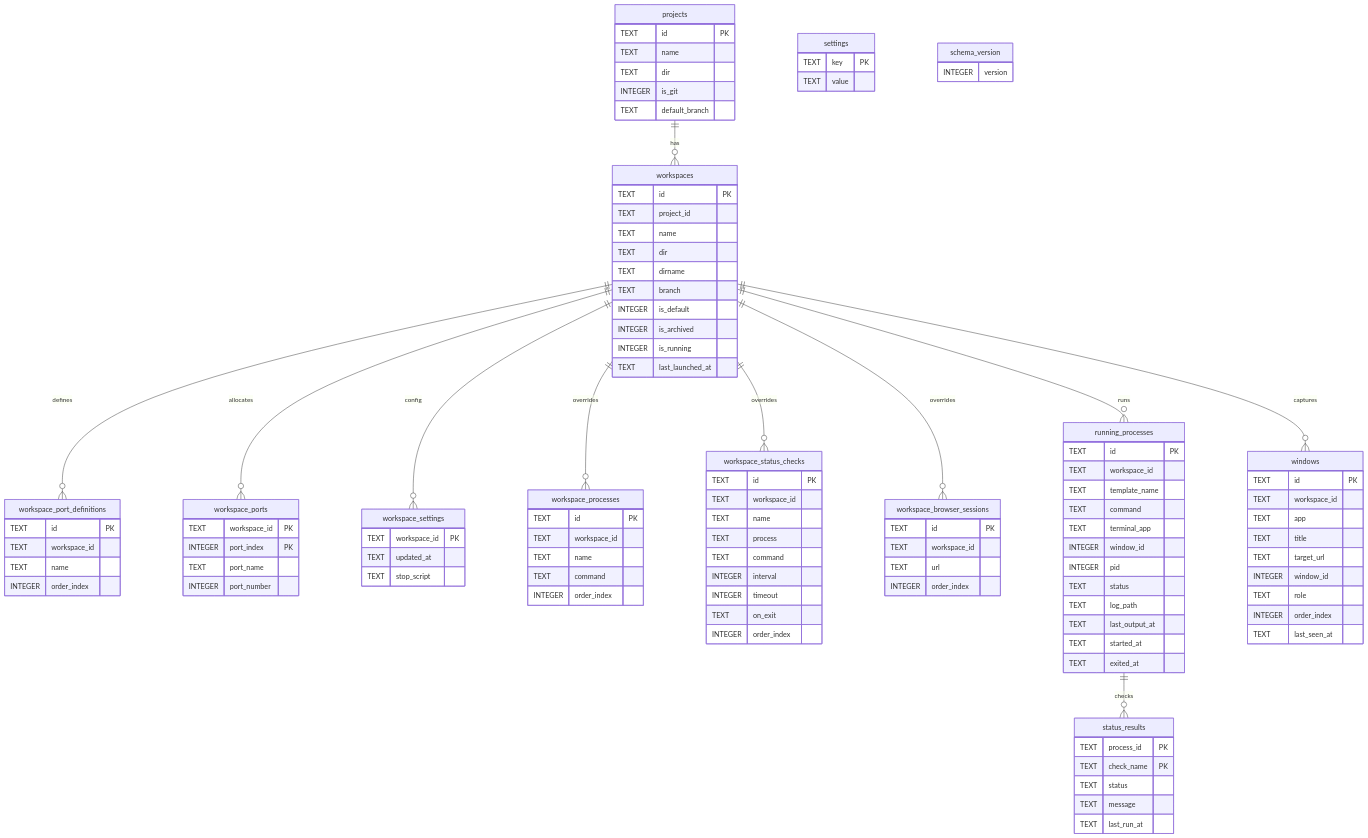
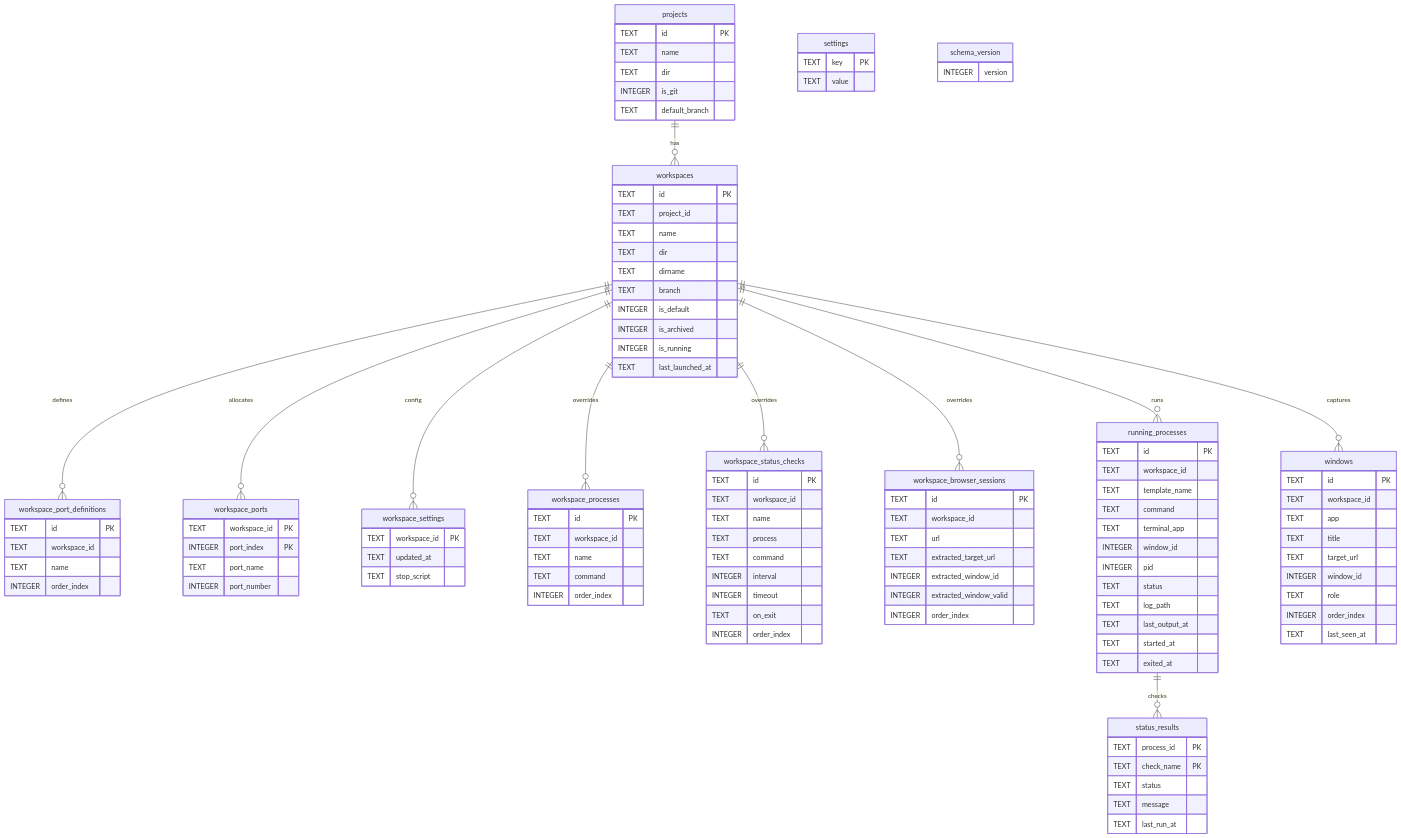
One commit to yogesh-dhande/spaces changed the second of 5 diagrams in apps/macos/docs/architecture.md. Above: the diagram before and after it, drawn with Mermaid. The commit also changed other lines of this file and 11 other files, not shown here.

Commit message:
Fix launch UI blocking and finalize extracted browser focus flow

```diff
--- a/apps/macos/docs/architecture.md
+++ b/apps/macos/docs/architecture.md
@@ -162,6 +162,9 @@
     TEXT id PK
     TEXT workspace_id
     TEXT url
+    TEXT extracted_target_url
+    INTEGER extracted_window_id
+    INTEGER extracted_window_valid
     INTEGER order_index
   }
 
```
